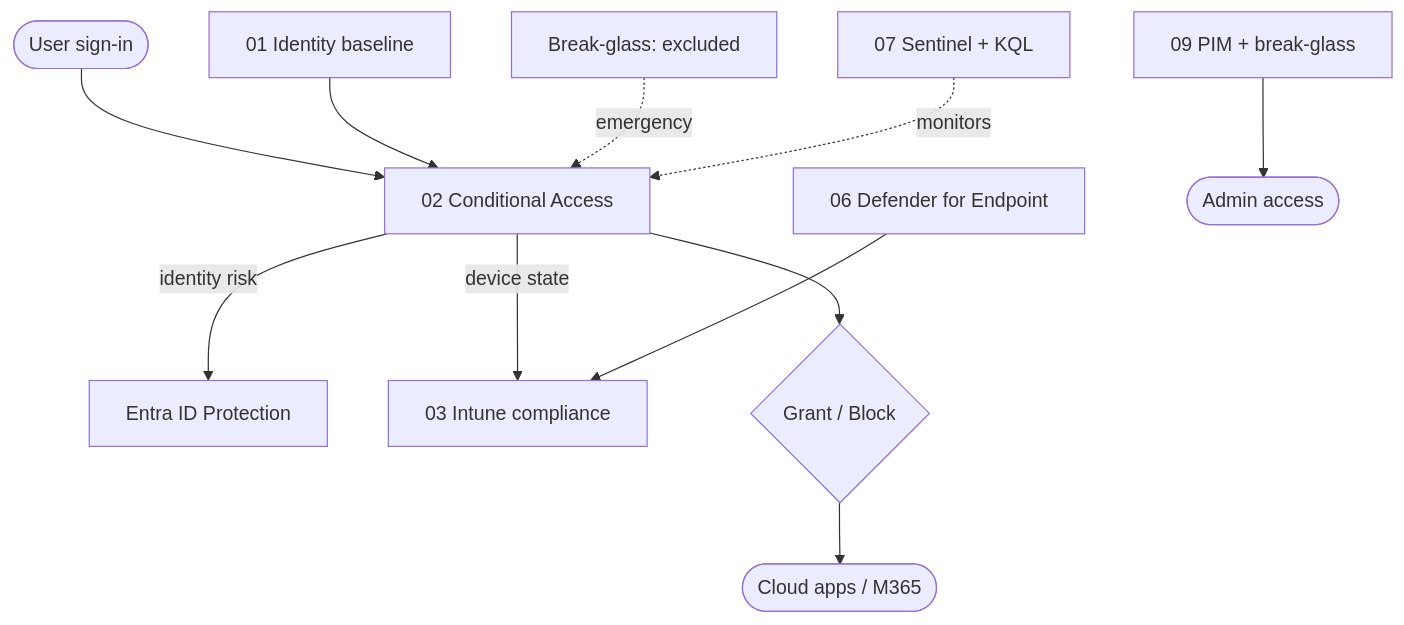
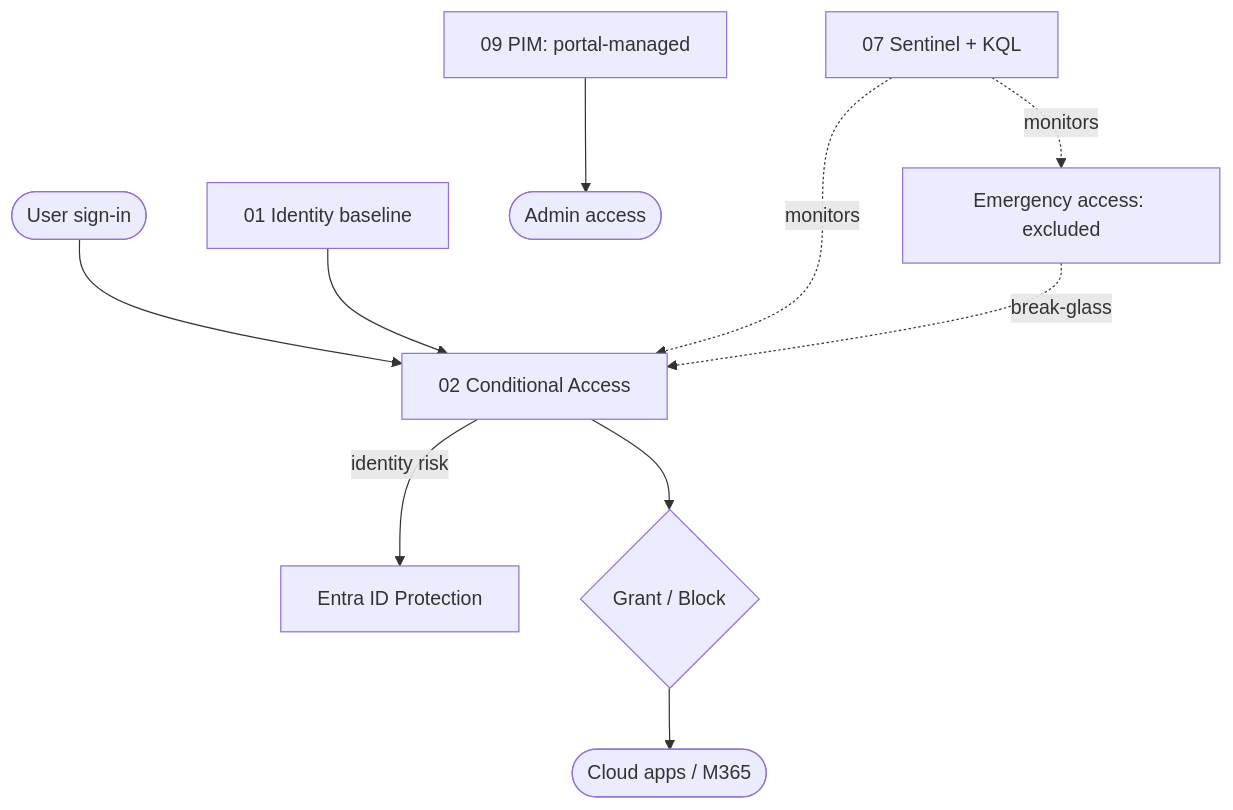
One commit to Dhanzz1/azure-entra-zero-trust-landing-zone changed the diagram in README.md. Above: the diagram before and after it, drawn with Mermaid. The commit also changed other lines of this file and 8 other files, not shown here.

````diff
--- a/README.md
+++ b/README.md
@@ -14,13 +23,12 @@
 ```mermaid
 flowchart TD
   user([User sign-in]) --> CA[02 Conditional Access]
   IB[01 Identity baseline] --> CA
   CA -->|identity risk| IDP[Entra ID Protection]
-  CA -->|device state| INT[03 Intune compliance]
-  DEF[06 Defender for Endpoint] --> INT
-  BG[Break-glass: excluded] -. emergency .-> CA
+  BG[Emergency access: excluded] -. break-glass .-> CA
   CA --> grant{Grant / Block}
   grant --> apps([Cloud apps / M365])
-  PIM[09 PIM + break-glass] --> admin([Admin access])
+  PIM[09 PIM: portal-managed] --> admin([Admin access])
   SEN[07 Sentinel + KQL] -. monitors .-> CA
+  SEN -. monitors .-> BG
 ```
````
